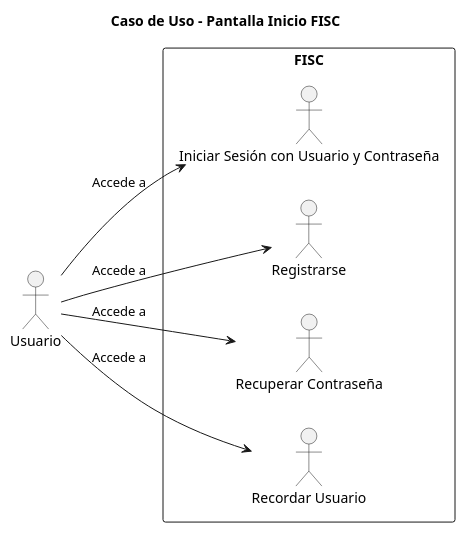
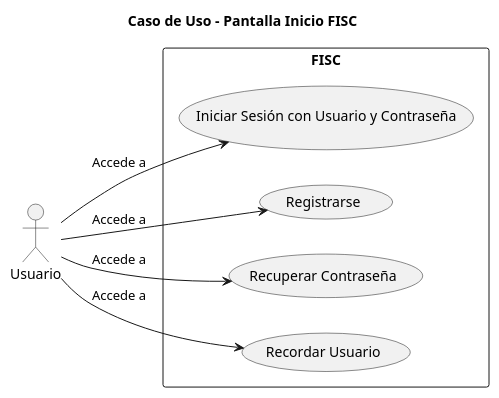
One commit to mmasias/23-24-IdSw1-SDR changed the diagram in casosDeUso/casoUsoPantallaInicio.puml. Above: the diagram before and after it, drawn with PlantUML. The commit also changed other lines of this file and 3 other files, not shown here.

```diff
--- a/casosDeUso/casoUsoPantallaInicio.puml
+++ b/casosDeUso/casoUsoPantallaInicio.puml
@@ -1,16 +1,21 @@
 @startuml
 
 title Caso de Uso - Pantalla Inicio FISC
 
 left to right direction
 
 actor Usuario as user
 
 rectangle "FISC" {
-    user --> "Iniciar Sesión con Usuario y Contraseña" : "Accede a"
-    user --> "Registrarse" : "Accede a"
-    user --> "Recuperar Contraseña" : "Accede a"
-    user --> "Recordar Usuario" : "Accede a"
+    usecase "Iniciar Sesión con Usuario y Contraseña" as login
+    usecase "Registrarse" as registro
+    usecase "Recuperar Contraseña" as recuperar
+    usecase "Recordar Usuario" as recordar
 }
 
+user --> login : "Accede a"
+user --> registro : "Accede a"
+user --> recuperar : "Accede a"
+user --> recordar : "Accede a"
+
 @enduml
```
